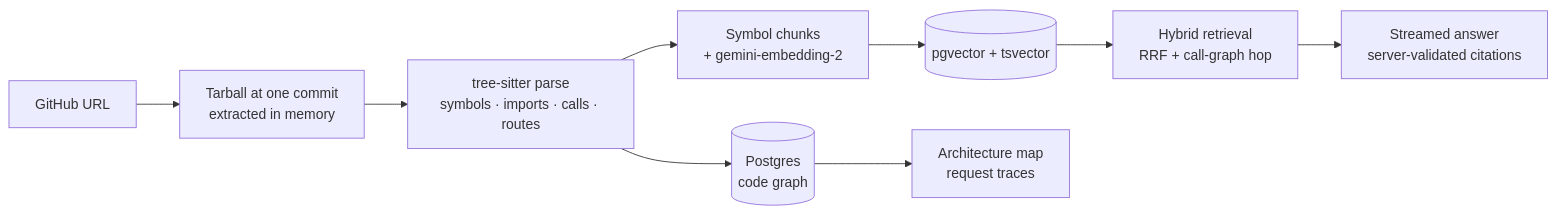
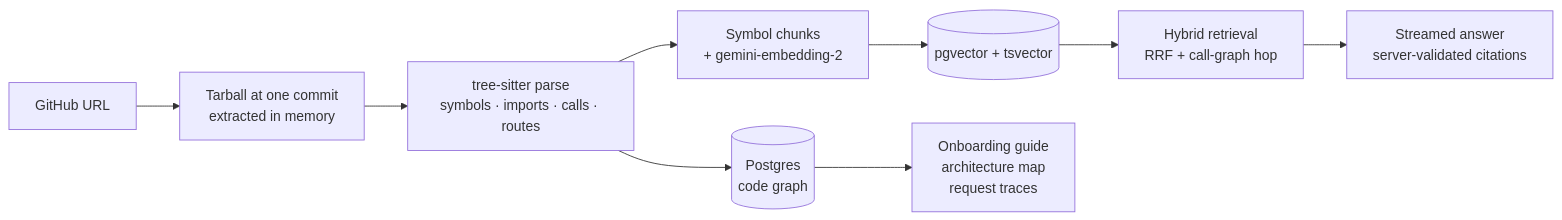
One commit to mayank-pillai-99/codebase-copilot changed the first of 2 diagrams in README.md. Above: the diagram before and after it, drawn with Mermaid. The commit also changed other lines of this file and 4 other files, not shown here.

First line of the commit message:
Document the onboarding guide

````diff
--- a/README.md
+++ b/README.md
@@ -33,11 +39,11 @@
 ```mermaid
 flowchart LR
   A[GitHub URL] --> B[Tarball at one commit<br/>extracted in memory]
   B --> C[tree-sitter parse<br/>symbols · imports · calls · routes]
   C --> D[(Postgres<br/>code graph)]
   C --> E[Symbol chunks<br/>+ gemini-embedding-2]
   E --> F[(pgvector + tsvector)]
-  D --> G[Architecture map<br/>request traces]
+  D --> G[Onboarding guide<br/>architecture map<br/>request traces]
   F --> H[Hybrid retrieval<br/>RRF + call-graph hop]
   H --> I[Streamed answer<br/>server-validated citations]
 ```
````
